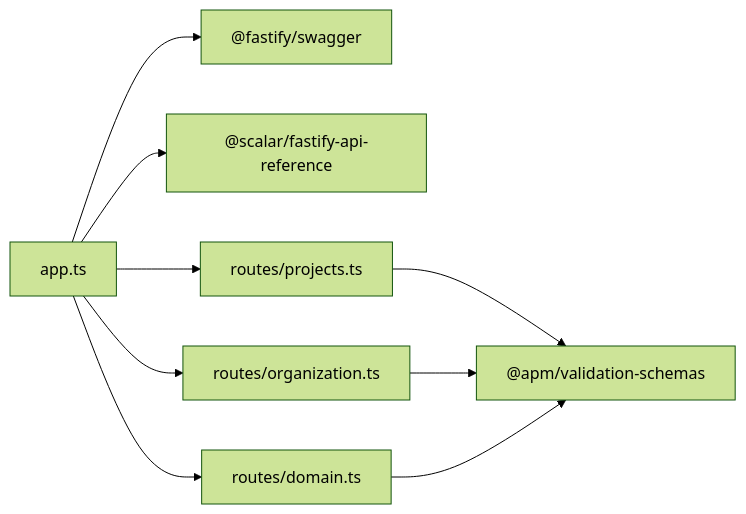
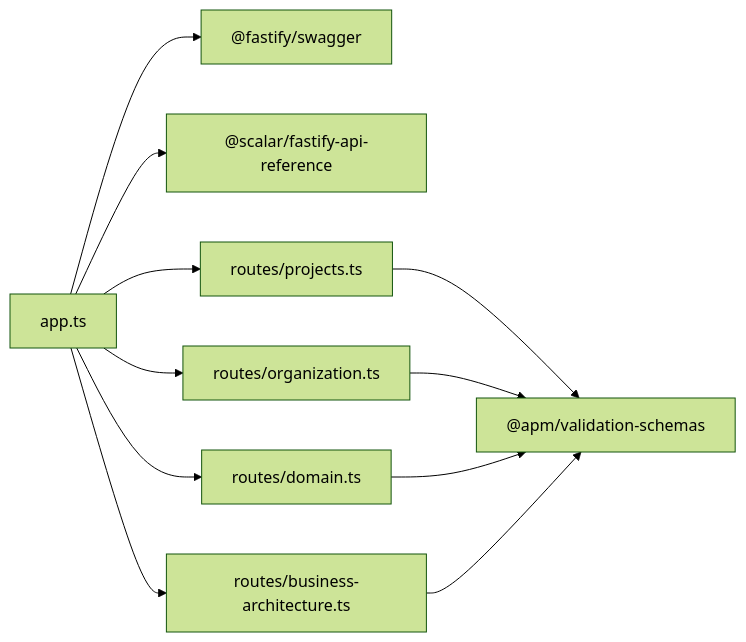
Before and after one commit to kai-cui1/ai-prototype-manager: the third of 3 diagrams in .qoder/repowiki/zh/content/API参考/API参考.md, drawn with Mermaid (forest theme). The commit also changed other lines of this file and 295 other files, not shown here.

````diff
--- a/.qoder/repowiki/zh/content/API参考/API参考.md
+++ b/.qoder/repowiki/zh/content/API参考/API参考.md
@@ -368,11 +413,13 @@
 ```mermaid
 graph LR
 APP["app.ts"] --> SWG["@fastify/swagger"]
 APP --> SC["@scalar/fastify-api-reference"]
 APP --> MOD1["routes/projects.ts"]
 APP --> MOD2["routes/organization.ts"]
 APP --> MOD3["routes/domain.ts"]
+APP --> MOD4["routes/business-architecture.ts"]
 MOD1 --> VAL["@apm/validation-schemas"]
 MOD2 --> VAL
 MOD3 --> VAL
+MOD4 --> VAL
 ```
````
